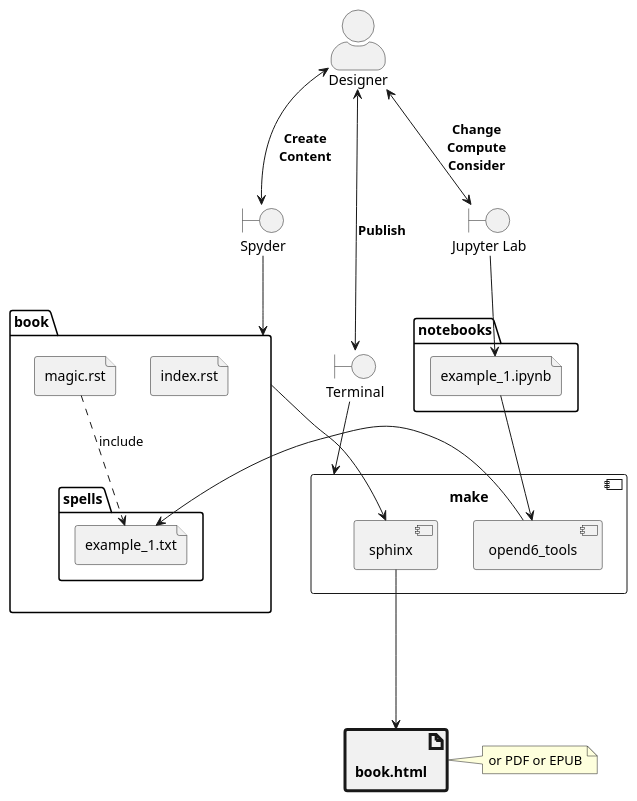
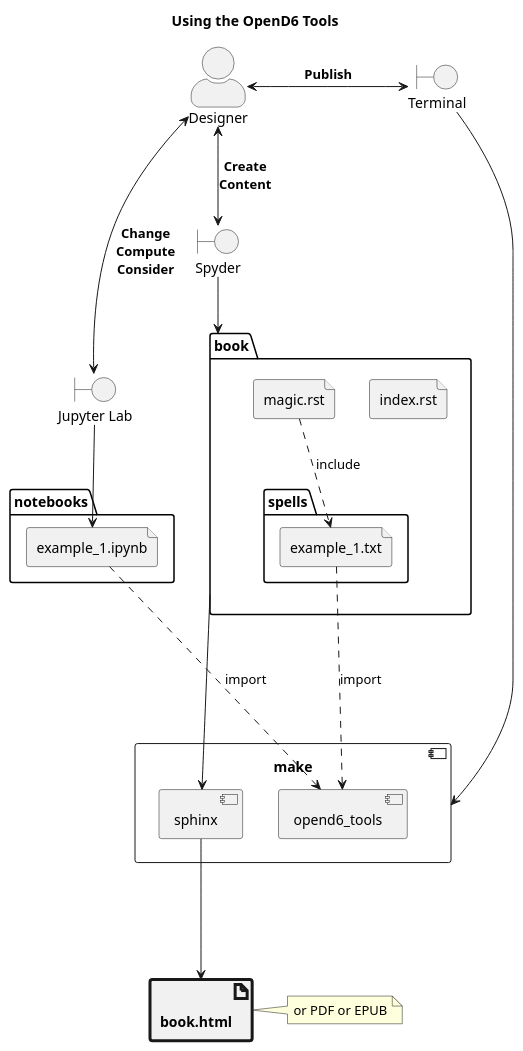
Before and after one commit to slott56/opend6-tools: the diagram in docs/tutorial/index.rst, drawn with PlantUML. The commit also changed other lines of this file and 589 other files, not shown here.

Commit message:
OpenD6 DSLs and Tools version 2026.06.27

```diff
--- a/docs/tutorial/index.rst
+++ b/docs/tutorial/index.rst
@@ -86,60 +86,62 @@
 ..  uml::
 
     @startuml
         'https://plantuml.com/deployment-diagram
+
+    title Using the OpenD6 Tools
 
     <style>
     artifact {
         RoundCorner 5
         FontStyle Bold
         LineThickness 3
     }
     </style>
 
     skinparam actorStyle awesome
     actor "Designer"
 
     boundary "Jupyter Lab" as lab
     Designer <--> lab : "**Change**\n**Compute**\n**Consider**"
 
     folder notebooks {
         file example_1.ipynb
     }
 
     lab --> example_1.ipynb
 
     boundary "Spyder" as editor
-    Designer <-> editor : "**Create**\n**Content**"
+    Designer <--> editor : "**Create**\n**Content**"
 
     editor --> book
     folder book {
         file index.rst
         file magic.rst
         folder spells {
             file example_1.txt
         }
         magic.rst ..> example_1.txt : "include"
     }
 
     component make {
         component opend6_tools
         component sphinx
     }
 
-    example_1.ipynb --> opend6_tools
-    opend6_tools --> example_1.txt
+    example_1.ipynb ...> opend6_tools : import
+    example_1.txt ...> opend6_tools : import
 
     component sphinx
     artifact "book.html" <<<target>>>
     note right of "book.html"
         or PDF or EPUB
     end note
 
     book --> sphinx
     sphinx ---> book.html
 
     boundary "Terminal" as cli
     Designer <-> cli : "**Publish**"
     cli --> [make]
 
     @enduml
```
